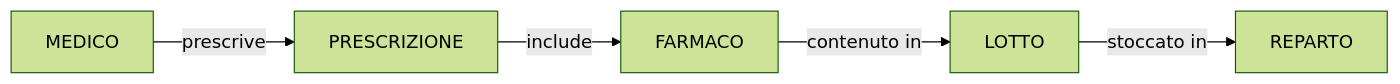
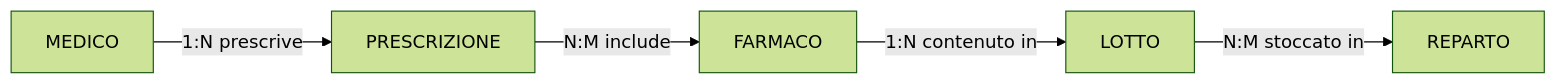
The second of 4 diagrams in 08-progettazione-er/esercizi/04-esercizio-farmacia-ospedaliera.md (lucadagati/Lab_Fondamenti_di_Informatica_25_26), drawn with Mermaid (forest theme) before and after one commit. The commit also changed other lines of this file and 60 other files, not shown here.

Commit message:
Add Chen ER step-by-step draw.io diagrams and fix layout

````diff
--- a/08-progettazione-er/esercizi/04-esercizio-farmacia-ospedaliera.md
+++ b/08-progettazione-er/esercizi/04-esercizio-farmacia-ospedaliera.md
@@ -58,7 +58,7 @@
 ```mermaid
 flowchart LR
-    M[MEDICO] -->|prescrive| P[PRESCRIZIONE]
-    P -->|include| F[FARMACO]
-    F -->|contenuto in| L[LOTTO]
-    L -->|stoccato in| R[REPARTO]
+    M[MEDICO] -->|1:N prescrive| P[PRESCRIZIONE]
+    P -->|N:M include| F[FARMACO]
+    F -->|1:N contenuto in| L[LOTTO]
+    L -->|N:M stoccato in| R[REPARTO]
 ```
````
